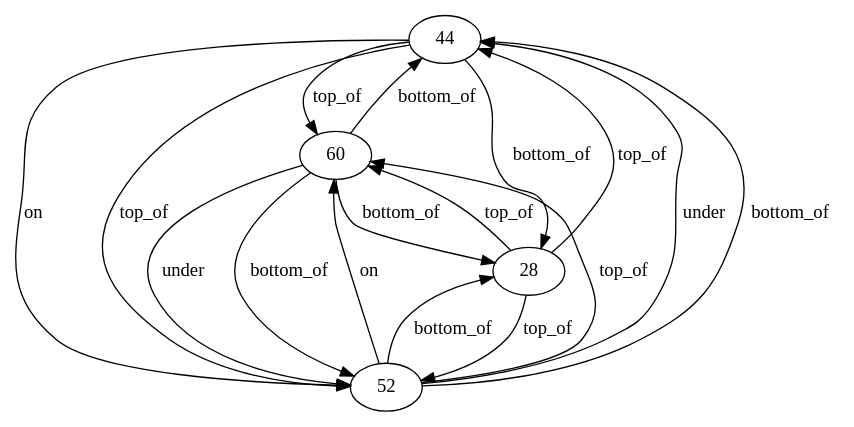
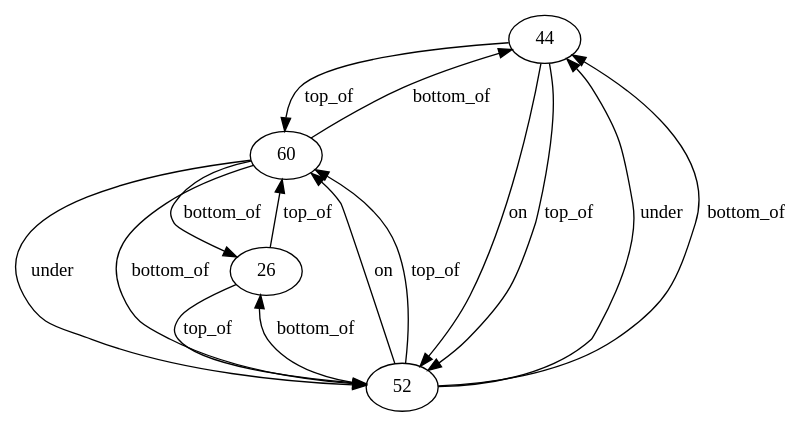
The diagram in notebooks/relations-graph.gv (mc-lovin-mlem/LIME-Aleph), drawn with Graphviz before and after one commit. The commit also changed 8 other files, not shown here.

```diff
--- a/notebooks/relations-graph.gv
+++ b/notebooks/relations-graph.gv
@@ -1,23 +1,21 @@
 // Graph of spatial relations
 digraph {
 	44 [label=44]
 	60 [label=60]
 	52 [label=52]
-	28 [label=28]
+	26 [label=26]
 	60 -> 44 [label=bottom_of]
 	52 -> 44 [label=under]
 	52 -> 44 [label=bottom_of]
-	28 -> 44 [label=top_of]
 	44 -> 60 [label=top_of]
 	52 -> 60 [label=on]
 	52 -> 60 [label=top_of]
-	28 -> 60 [label=top_of]
+	26 -> 60 [label=top_of]
 	44 -> 52 [label=on]
 	44 -> 52 [label=top_of]
 	60 -> 52 [label=under]
 	60 -> 52 [label=bottom_of]
-	28 -> 52 [label=top_of]
-	44 -> 28 [label=bottom_of]
-	60 -> 28 [label=bottom_of]
-	52 -> 28 [label=bottom_of]
+	26 -> 52 [label=top_of]
+	60 -> 26 [label=bottom_of]
+	52 -> 26 [label=bottom_of]
 }
```
